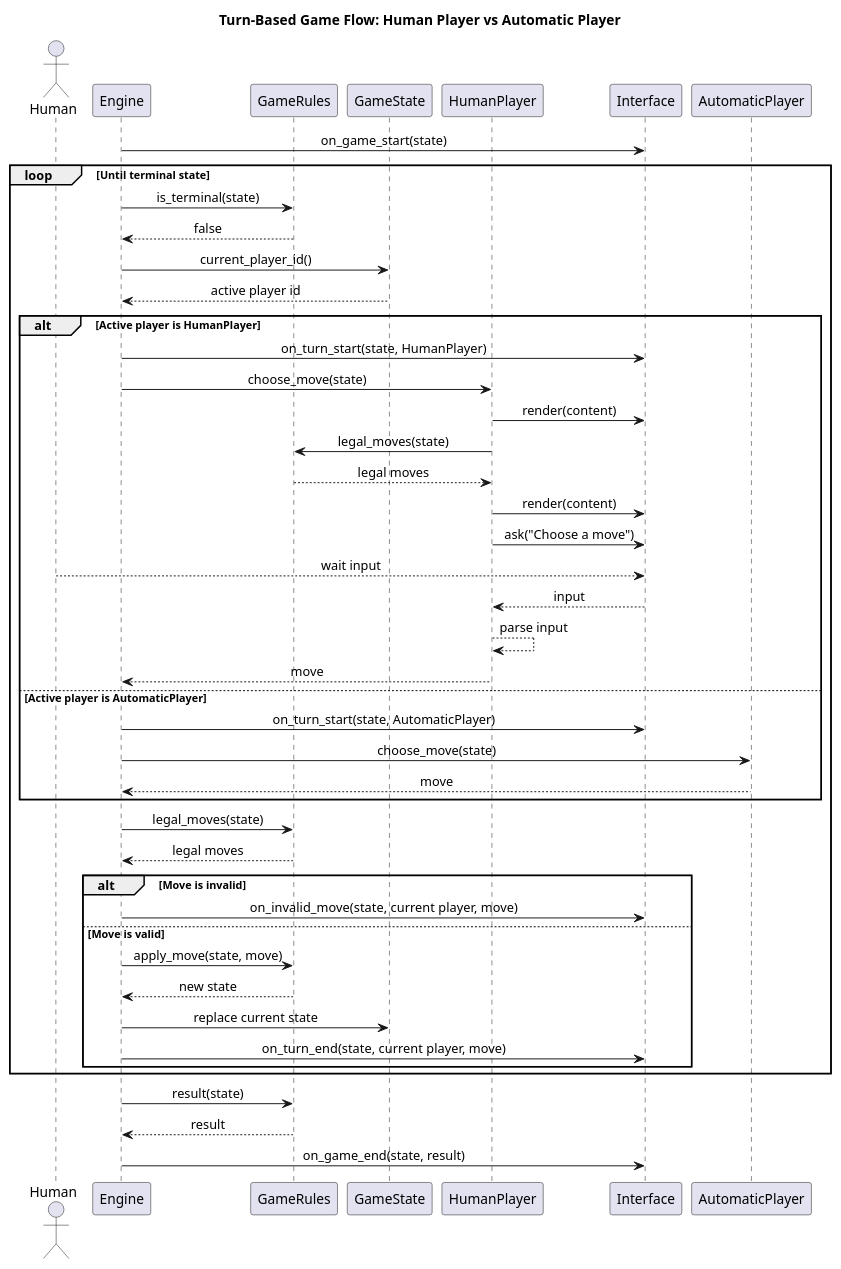
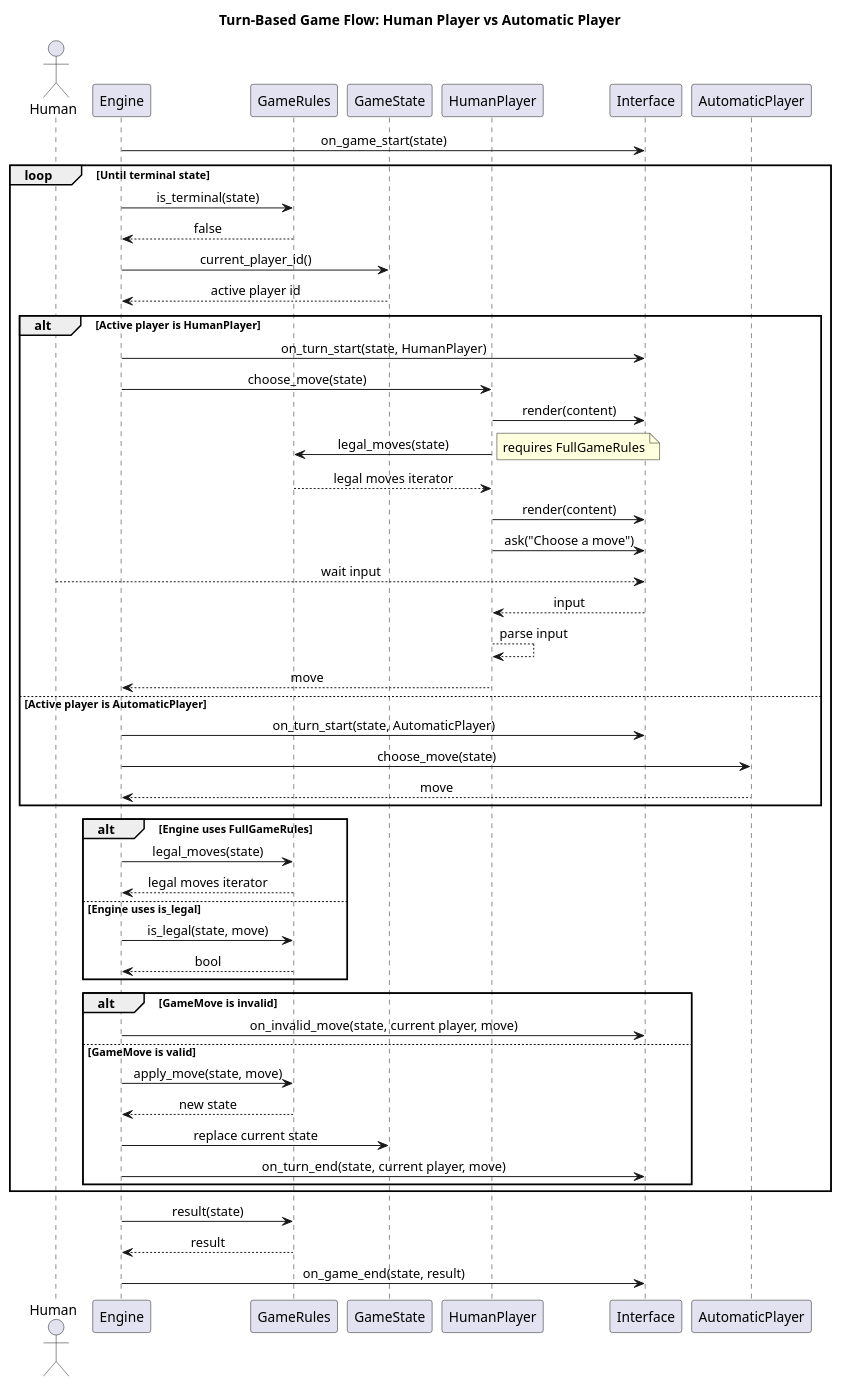
Before and after one commit to jparisu/IArena: the diagram in design/turn_based_game_framework_human_vs_automatic_sequence_diagram.puml, drawn with PlantUML. The commit also changed 20 other files, not shown here.

```diff
--- a/design/turn_based_game_framework_human_vs_automatic_sequence_diagram.puml
+++ b/design/turn_based_game_framework_human_vs_automatic_sequence_diagram.puml
@@ -1,61 +1,67 @@
 @startuml
 title Turn-Based Game Flow: Human Player vs Automatic Player
 
 skinparam shadowing false
 skinparam sequenceMessageAlign center
 skinparam responseMessageBelowArrow true
 
 actor Human as HumanUser
 participant Engine
 participant GameRules
 participant GameState
 participant HumanPlayer
 participant Interface
 participant AutomaticPlayer
 
 Engine -> Interface: on_game_start(state)
 
 loop Until terminal state
     Engine -> GameRules: is_terminal(state)
     GameRules --> Engine: false
 
     Engine -> GameState: current_player_id()
     GameState --> Engine: active player id
 
     alt Active player is HumanPlayer
         Engine -> Interface: on_turn_start(state, HumanPlayer)
         Engine -> HumanPlayer: choose_move(state)
         HumanPlayer -> Interface: render(content)
         HumanPlayer -> GameRules: legal_moves(state)
-        GameRules --> HumanPlayer: legal moves
+        note right: requires FullGameRules
+        GameRules --> HumanPlayer: legal moves iterator
         HumanPlayer -> Interface: render(content)
         HumanPlayer -> Interface: ask("Choose a move")
         ' Interface -> HumanUser: prompt for move
         HumanUser --> Interface: wait input
         Interface --> HumanPlayer: input
         HumanPlayer --> HumanPlayer: parse input
         HumanPlayer --> Engine: move
     else Active player is AutomaticPlayer
         Engine -> Interface: on_turn_start(state, AutomaticPlayer)
         Engine -> AutomaticPlayer: choose_move(state)
         AutomaticPlayer --> Engine: move
     end
 
-    Engine -> GameRules: legal_moves(state)
-    GameRules --> Engine: legal moves
+    alt Engine uses FullGameRules
+        Engine -> GameRules: legal_moves(state)
+        GameRules --> Engine: legal moves iterator
+    else Engine uses is_legal
+        Engine -> GameRules: is_legal(state, move)
+        GameRules --> Engine: bool
+    end
 
-    alt Move is invalid
+    alt GameMove is invalid
         Engine -> Interface: on_invalid_move(state, current player, move)
-    else Move is valid
+    else GameMove is valid
         Engine -> GameRules: apply_move(state, move)
         GameRules --> Engine: new state
         Engine -> GameState: replace current state
         Engine -> Interface: on_turn_end(state, current player, move)
     end
 end
 
 Engine -> GameRules: result(state)
 GameRules --> Engine: result
 Engine -> Interface: on_game_end(state, result)
 
 @enduml
```
